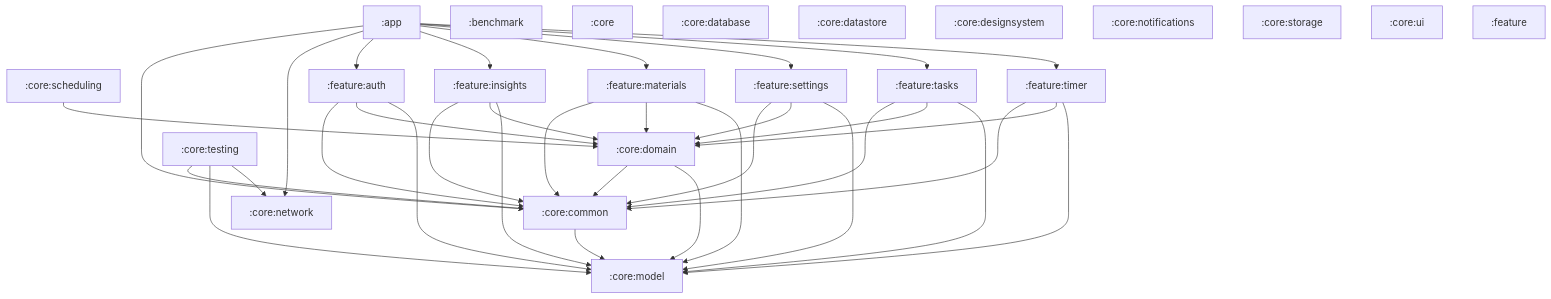
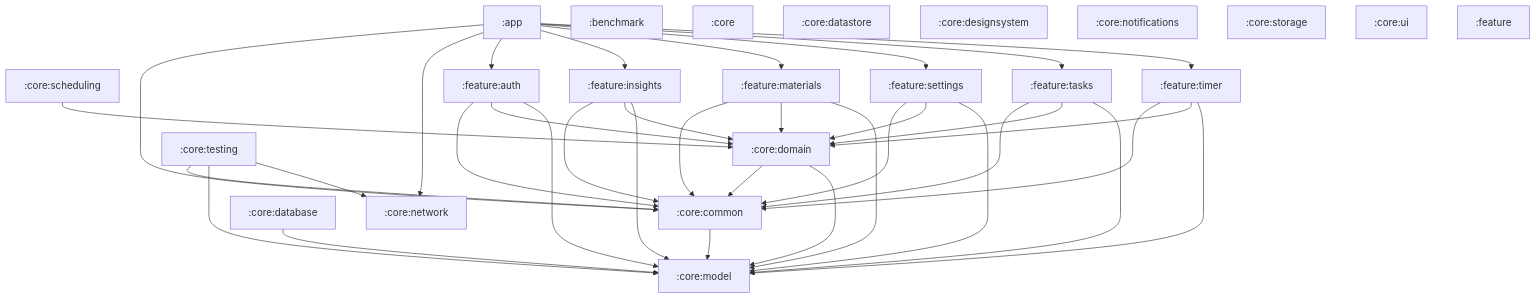
The diagram in docs/module-graph.md (konarsubhojit/study-app), drawn with Mermaid before and after one commit. The commit also changed 28 other files, not shown here.

````diff
--- a/docs/module-graph.md
+++ b/docs/module-graph.md
@@ -8,58 +8,59 @@
 ```mermaid
 graph TD
     app[":app"]
     benchmark[":benchmark"]
     core[":core"]
     core_common[":core:common"]
     core_database[":core:database"]
     core_datastore[":core:datastore"]
     core_designsystem[":core:designsystem"]
     core_domain[":core:domain"]
     core_model[":core:model"]
     core_network[":core:network"]
     core_notifications[":core:notifications"]
     core_scheduling[":core:scheduling"]
     core_storage[":core:storage"]
     core_testing[":core:testing"]
     core_ui[":core:ui"]
     feature[":feature"]
     feature_auth[":feature:auth"]
     feature_insights[":feature:insights"]
     feature_materials[":feature:materials"]
     feature_settings[":feature:settings"]
     feature_tasks[":feature:tasks"]
     feature_timer[":feature:timer"]
     app --> core_common
     app --> core_network
     app --> feature_auth
     app --> feature_insights
     app --> feature_materials
     app --> feature_settings
     app --> feature_tasks
     app --> feature_timer
     core_common --> core_model
+    core_database --> core_model
     core_domain --> core_common
     core_domain --> core_model
     core_scheduling --> core_domain
     core_testing --> core_common
     core_testing --> core_model
     core_testing --> core_network
     feature_auth --> core_common
     feature_auth --> core_domain
     feature_auth --> core_model
     feature_insights --> core_common
     feature_insights --> core_domain
     feature_insights --> core_model
     feature_materials --> core_common
     feature_materials --> core_domain
     feature_materials --> core_model
     feature_settings --> core_common
     feature_settings --> core_domain
     feature_settings --> core_model
     feature_tasks --> core_common
     feature_tasks --> core_domain
     feature_tasks --> core_model
     feature_timer --> core_common
     feature_timer --> core_domain
     feature_timer --> core_model
 ```
````
